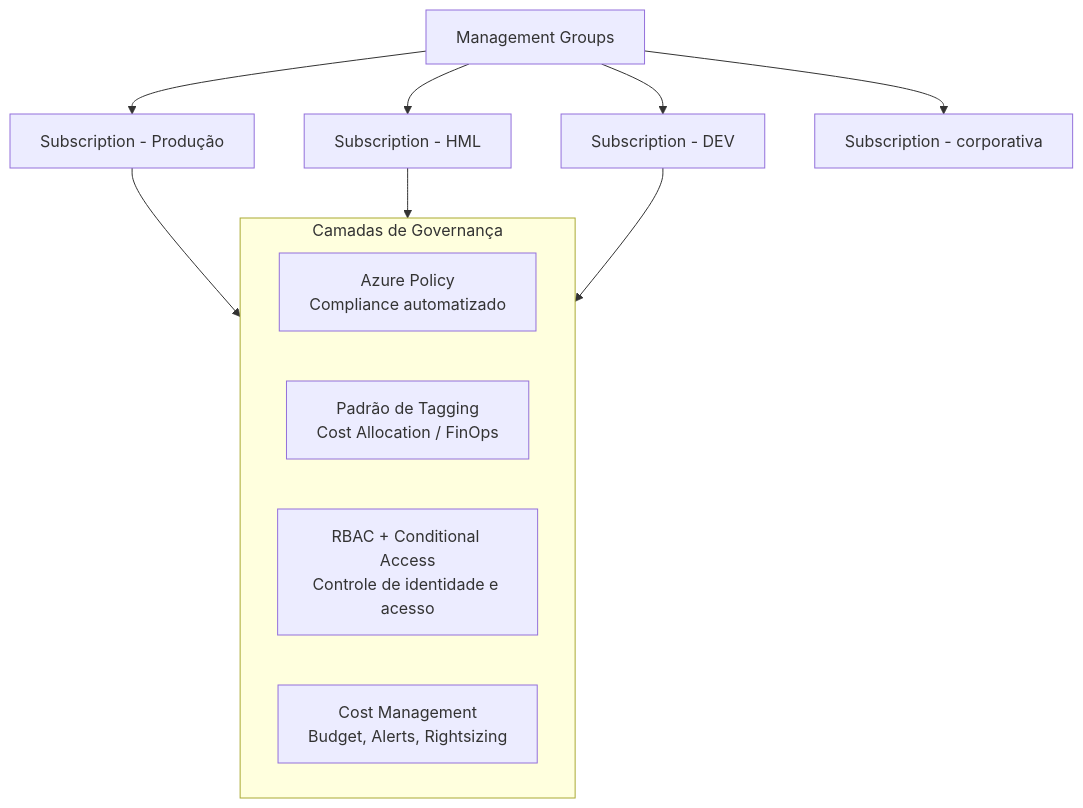
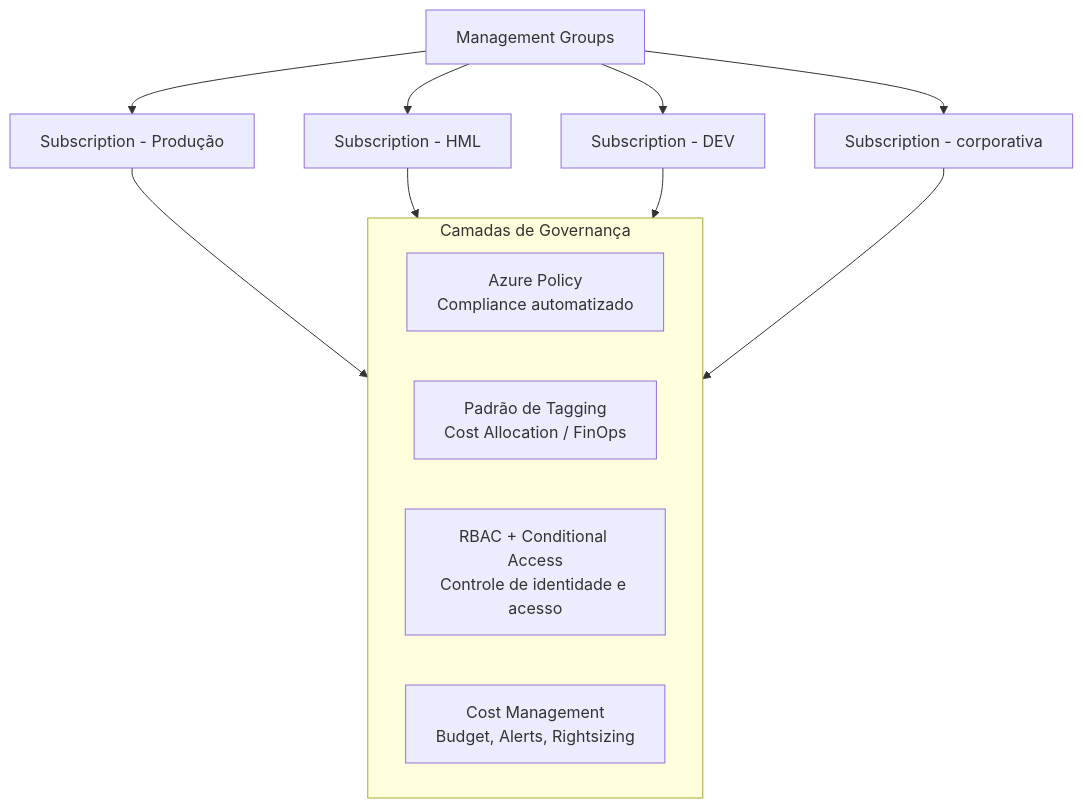
The diagram in case-study-azure-governance-model.md (drlima85/ENTERPRISE-CLOUD-CASE-STUDIES), drawn with Mermaid before and after one commit.

````diff
--- a/case-study-azure-governance-model.md
+++ b/case-study-azure-governance-model.md
@@ -13,19 +13,21 @@
 ```mermaid
 flowchart TD
     MG[Management Groups]
     MG --> SUB1[Subscription - Produção]
     MG --> SUB2[Subscription - HML]
     MG --> SUB3[Subscription - DEV]
     MG --> SUB4[Subscription - corporativa]
 
     subgraph Governanca["Camadas de Governança"]
         POL[Azure Policy<br/>Compliance automatizado]
         TAG[Padrão de Tagging<br/>Cost Allocation / FinOps]
         RBAC[RBAC + Conditional Access<br/>Controle de identidade e acesso]
         COST[Cost Management<br/>Budget, Alerts, Rightsizing]
     end
 
     SUB1 --> Governanca
     SUB2 --> Governanca
     SUB3 --> Governanca
+    SUB4 --> Governanca
+
 ```
````
